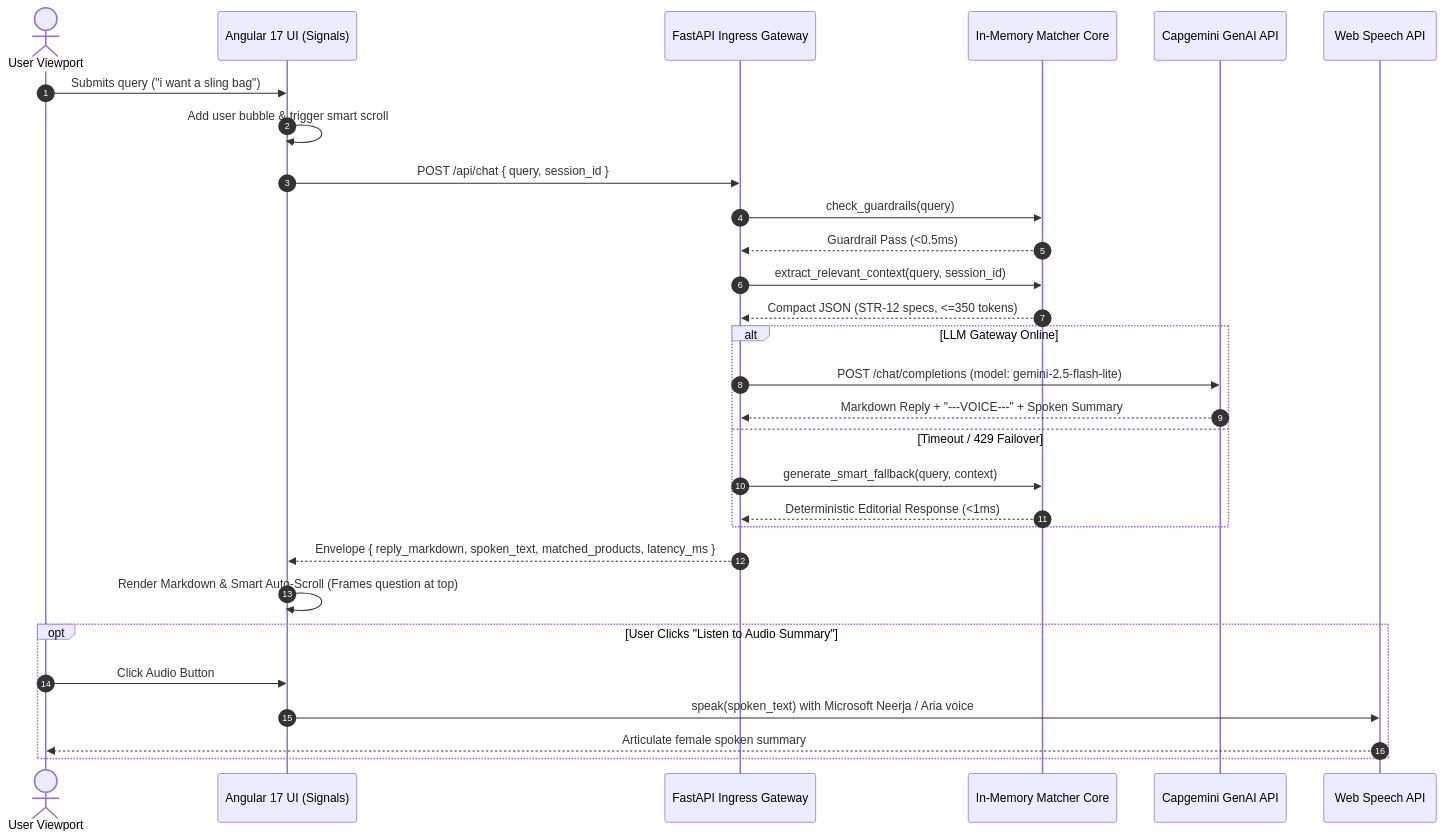
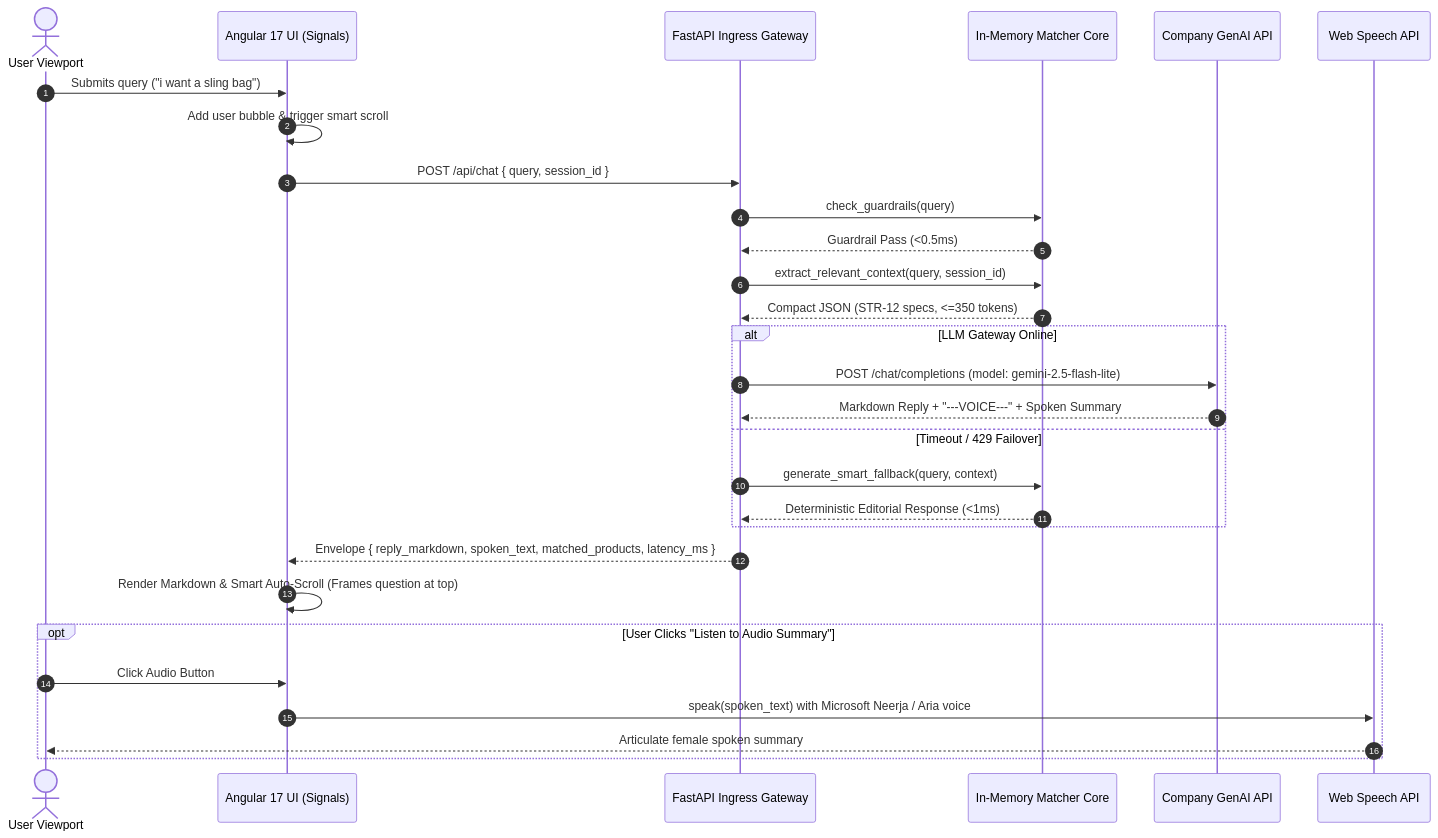
The third of 5 diagrams in README.md (srikaran3004/STRIDE), drawn with Mermaid before and after one commit. The commit also changed other lines of this file and 1 other file, not shown here.

````diff
--- a/README.md
+++ b/README.md
@@ -133,35 +134,35 @@
 ```mermaid
 sequenceDiagram
     autonumber
     actor User as User Viewport
     participant App as Angular 17 UI (Signals)
     participant API as FastAPI Ingress Gateway
     participant Matcher as In-Memory Matcher Core
-    participant LLM as Capgemini GenAI API
+    participant LLM as Company GenAI API
     participant Voice as Web Speech API
 
     User->>App: Submits query ("i want a sling bag")
     App->>App: Add user bubble & trigger smart scroll
     App->>API: POST /api/chat { query, session_id }
     API->>Matcher: check_guardrails(query)
     Matcher-->>API: Guardrail Pass (<0.5ms)
     API->>Matcher: extract_relevant_context(query, session_id)
     Matcher-->>API: Compact JSON (STR-12 specs, <=350 tokens)
-    
+
     alt LLM Gateway Online
         API->>LLM: POST /chat/completions (model: gemini-2.5-flash-lite)
         LLM-->>API: Markdown Reply + "---VOICE---" + Spoken Summary
     else Timeout / 429 Failover
         API->>Matcher: generate_smart_fallback(query, context)
         Matcher-->>API: Deterministic Editorial Response (<1ms)
     end
 
     API-->>App: Envelope { reply_markdown, spoken_text, matched_products, latency_ms }
     App->>App: Render Markdown & Smart Auto-Scroll (Frames question at top)
-    
+
     opt User Clicks "Listen to Audio Summary"
         User->>App: Click Audio Button
         App->>Voice: speak(spoken_text) with Microsoft Neerja / Aria voice
         Voice-->>User: Articulate female spoken summary
     end
 ```
````
